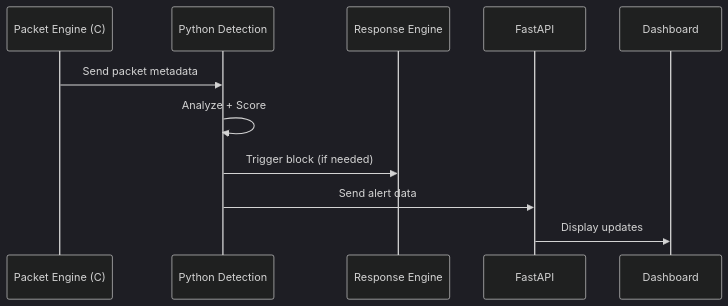
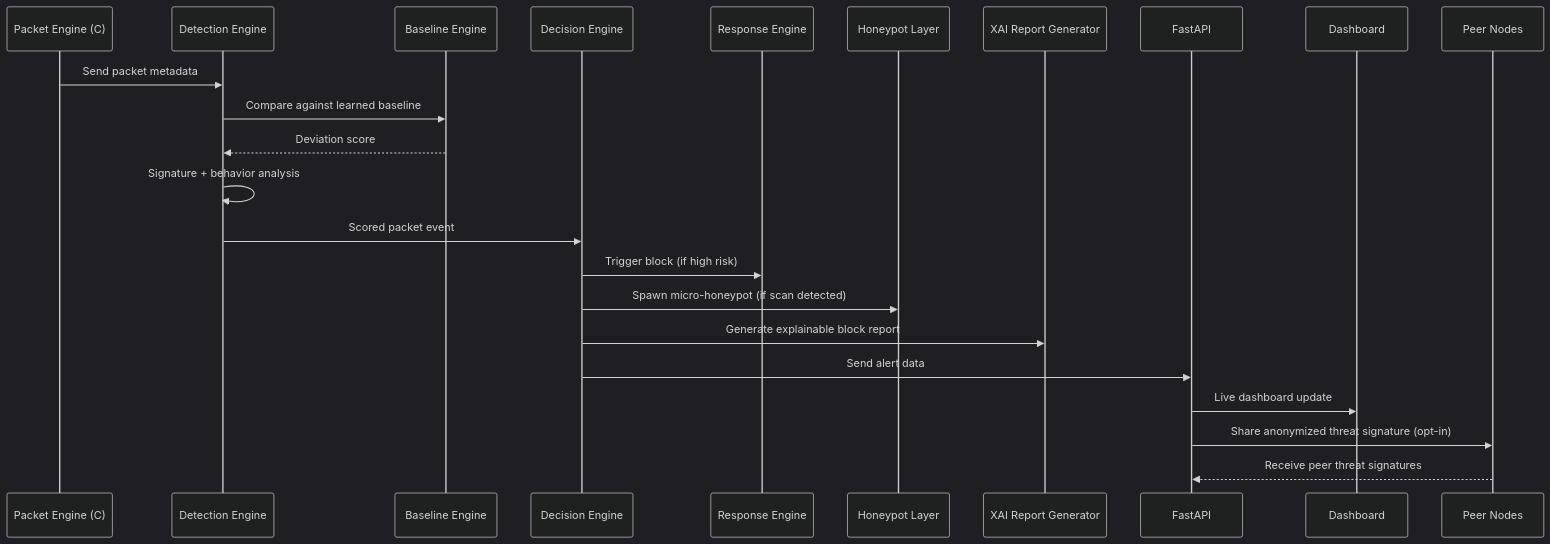
Before and after one commit to ashpb07/LA-IDRS: the second of 2 diagrams in README.md, drawn with Mermaid (dark theme). The commit also changed other lines of this file and 1 other file, not shown here.

````diff
--- a/README.md
+++ b/README.md
@@ -51,14 +60,26 @@
 ```mermaid
 sequenceDiagram
     participant C as Packet Engine (C)
-    participant P as Python Detection
+    participant D as Detection Engine
+    participant B as Baseline Engine
+    participant G as Decision Engine
     participant R as Response Engine
+    participant H as Honeypot Layer
+    participant XAI as XAI Report Generator
     participant API as FastAPI
     participant UI as Dashboard
+    participant P2P as Peer Nodes
 
-    C->>P: Send packet metadata
-    P->>P: Analyze + Score
-    P->>R: Trigger block (if needed)
-    P->>API: Send alert data
-    API->>UI: Display updates
+    C->>D: Send packet metadata
+    D->>B: Compare against learned baseline
+    B-->>D: Deviation score
+    D->>D: Signature + behavior analysis
+    D->>G: Scored packet event
+    G->>R: Trigger block (if high risk)
+    G->>H: Spawn micro-honeypot (if scan detected)
+    G->>XAI: Generate explainable block report
+    G->>API: Send alert data
+    API->>UI: Live dashboard update
+    API->>P2P: Share anonymized threat signature (opt-in)
+    P2P-->>API: Receive peer threat signatures
 ```
````
